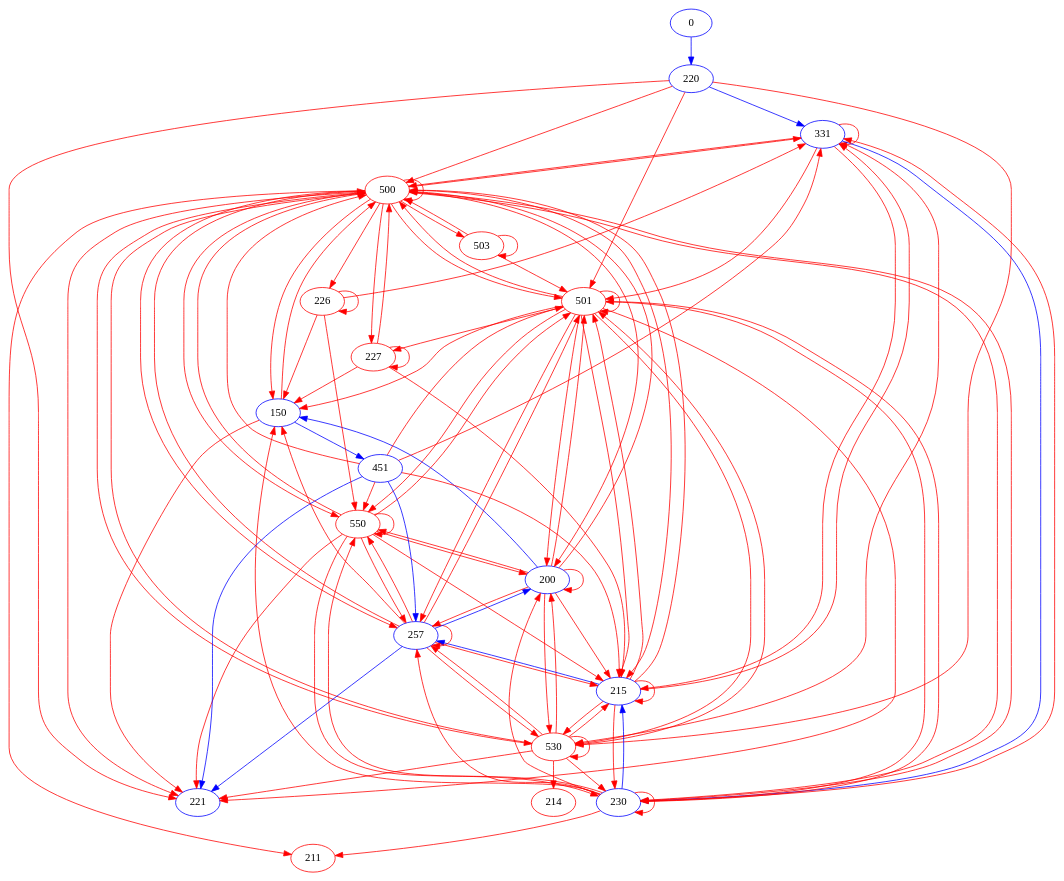
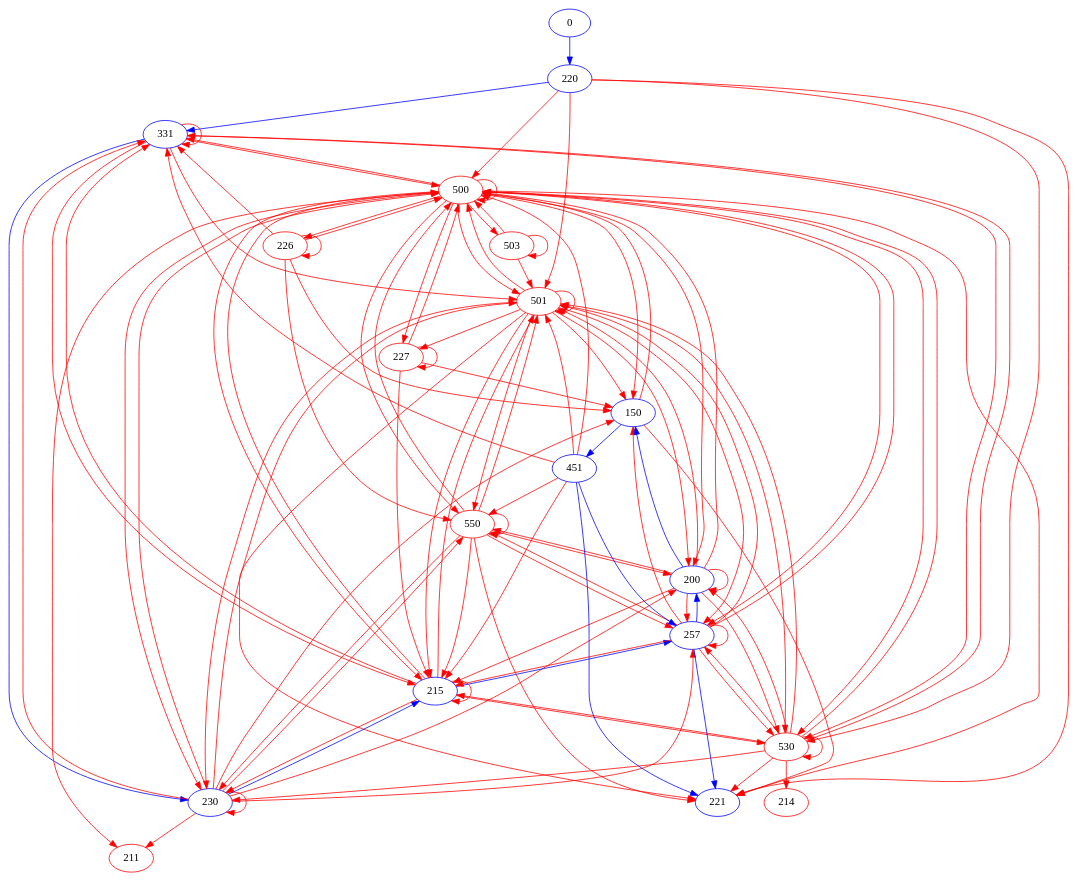
The diagram in ChatAFL-master/comparison_results/LightFTP_20260118_184232/chatafl/ipsm.dot (muyuruhua/research_laboratory), drawn with Graphviz before and after one commit. The commit also changed 118 other files, not shown here.

```diff
--- a/ChatAFL-master/comparison_results/LightFTP_20260118_184232/chatafl/ipsm.dot
+++ b/ChatAFL-master/comparison_results/LightFTP_20260118_184232/chatafl/ipsm.dot
@@ -161,6 +161,8 @@
 		color=red];
 	500 -> 211	[key=new_edge,
 		color=red];
+	530 -> 331	[key=new_edge,
+		color=red];
 	530 -> 230	[key=new_edge,
 		color=red];
 	530 -> 215	[key=new_edge,
@@ -230,6 +232,8 @@
 		color=red];
 	226 -> 150	[key=new_edge,
 		color=red];
+	226 -> 500	[key=new_edge,
+		color=red];
 	226 -> 550	[key=new_edge,
 		color=red];
 	226 -> 226	[key=new_edge,
```
